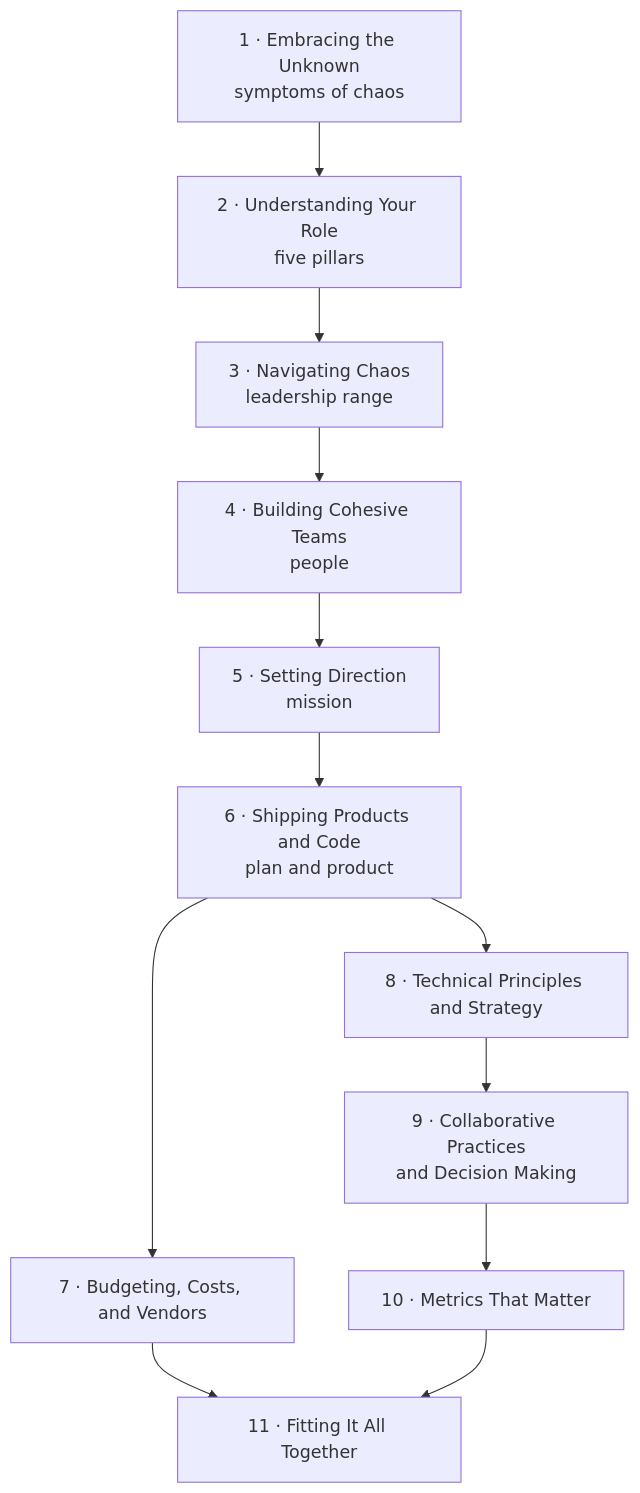
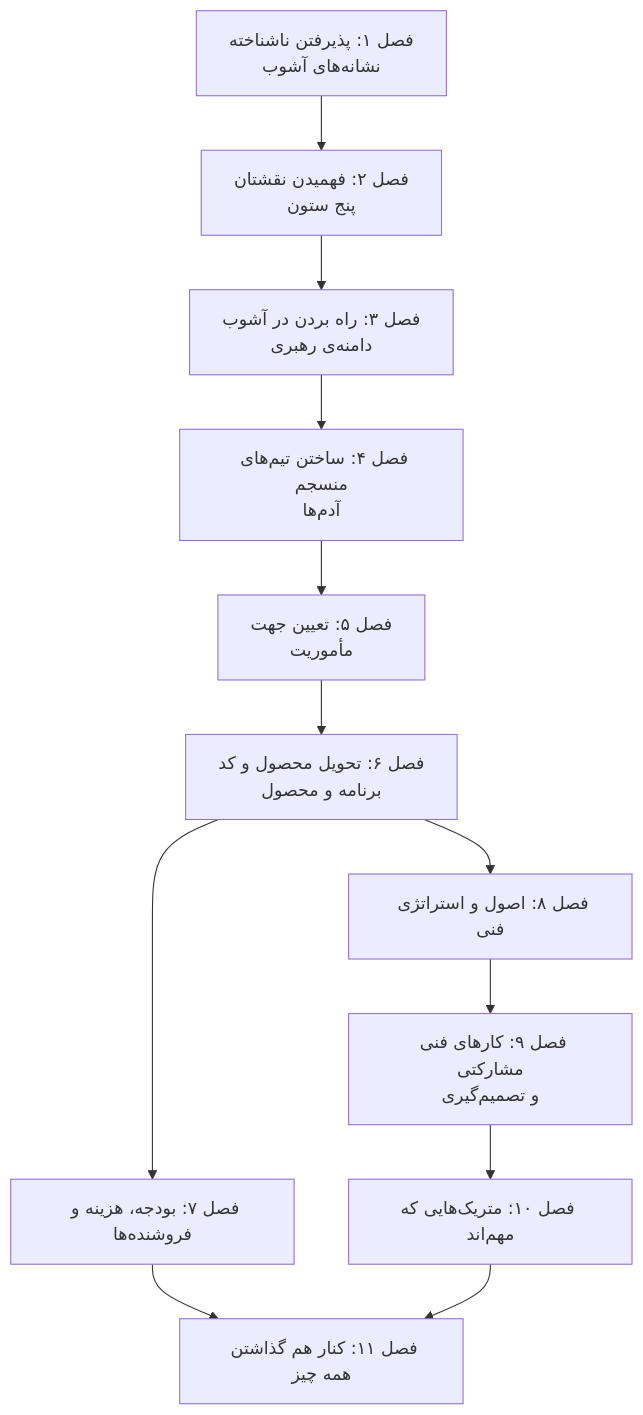
Before and after one commit to AlirezaHanifi/knowledge-vault: the diagram in books/engineering-leadership-the-hard-parts/README.md, drawn with Mermaid. The commit also changed other lines of this file and 37 other files, not shown here.

````diff
--- a/books/engineering-leadership-the-hard-parts/README.md
+++ b/books/engineering-leadership-the-hard-parts/README.md
@@ -41,13 +42,13 @@
 ```mermaid
 flowchart TB
-    C1["1 · Embracing the Unknown<br/>symptoms of chaos"] --> C2["2 · Understanding Your Role<br/>five pillars"]
-    C2 --> C3["3 · Navigating Chaos<br/>leadership range"]
-    C3 --> C4["4 · Building Cohesive Teams<br/>people"]
-    C4 --> C5["5 · Setting Direction<br/>mission"]
-    C5 --> C6["6 · Shipping Products and Code<br/>plan and product"]
-    C6 --> C7["7 · Budgeting, Costs, and Vendors"]
-    C6 --> C8["8 · Technical Principles and Strategy"]
-    C8 --> C9["9 · Collaborative Practices<br/>and Decision Making"]
-    C9 --> C10["10 · Metrics That Matter"]
-    C7 & C10 --> C11["11 · Fitting It All Together"]
+    C1["فصل ۱: پذیرفتن ناشناخته<br/>نشانه‌های آشوب"] --> C2["فصل ۲: فهمیدن نقشتان<br/>پنج ستون"]
+    C2 --> C3["فصل ۳: راه بردن در آشوب<br/>دامنه‌ی رهبری"]
+    C3 --> C4["فصل ۴: ساختن تیم‌های منسجم<br/>آدم‌ها"]
+    C4 --> C5["فصل ۵: تعیین جهت<br/>مأموریت"]
+    C5 --> C6["فصل ۶: تحویل محصول و کد<br/>برنامه و محصول"]
+    C6 --> C7["فصل ۷: بودجه، هزینه و فروشنده‌ها"]
+    C6 --> C8["فصل ۸: اصول و استراتژی فنی"]
+    C8 --> C9["فصل ۹: کارهای فنی مشارکتی<br/>و تصمیم‌گیری"]
+    C9 --> C10["فصل ۱۰: متریک‌هایی که مهم‌اند"]
+    C7 & C10 --> C11["فصل ۱۱: کنار هم گذاشتن همه چیز"]
 ```
````
